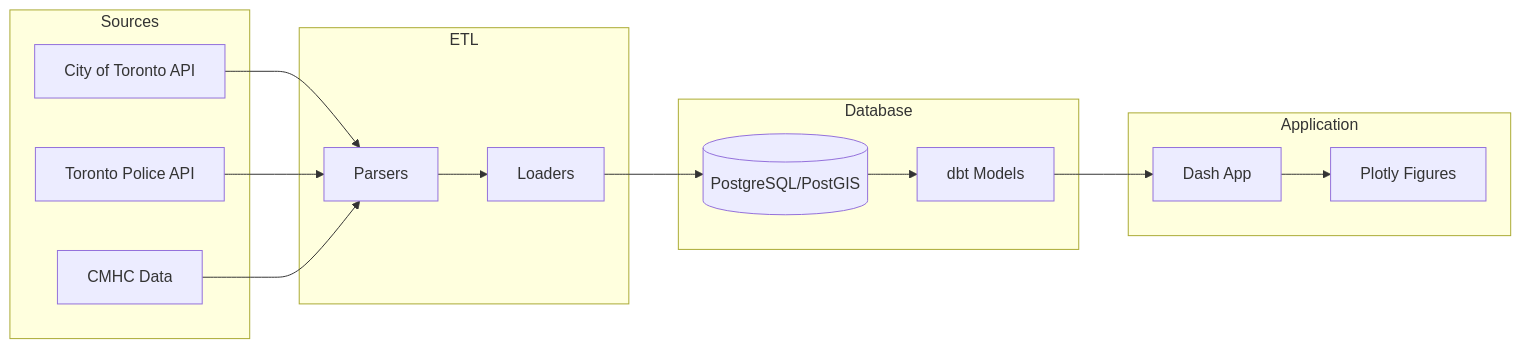
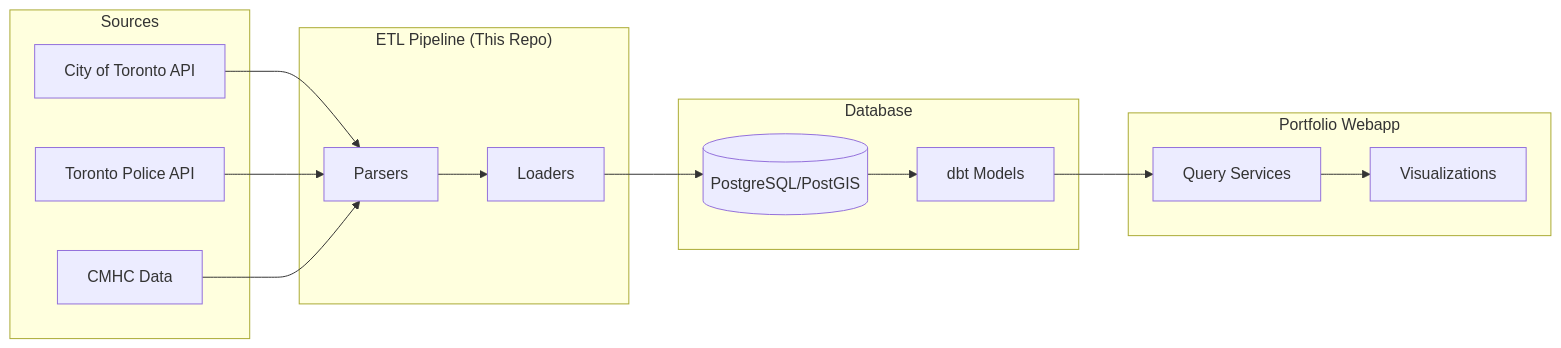
The diagram in README.md (l3ocho/app-personal-portfolio-dataflow), drawn with Mermaid before and after one commit. The commit also changed other lines of this file and 110 other files, not shown here.

````diff
--- a/README.md
+++ b/README.md
@@ -41,25 +19,25 @@
 ```mermaid
 flowchart LR
     subgraph Sources
         A1[City of Toronto API]
         A2[Toronto Police API]
         A3[CMHC Data]
     end
 
-    subgraph ETL
+    subgraph ETL["ETL Pipeline (This Repo)"]
         B1[Parsers]
         B2[Loaders]
     end
 
     subgraph Database
         C1[(PostgreSQL/PostGIS)]
         C2[dbt Models]
     end
 
-    subgraph Application
-        D1[Dash App]
-        D2[Plotly Figures]
+    subgraph Consumer["Portfolio Webapp"]
+        D1[Query Services]
+        D2[Visualizations]
     end
 
     A1 & A2 & A3 --> B1 --> B2 --> C1 --> C2 --> D1 --> D2
 ```
````
